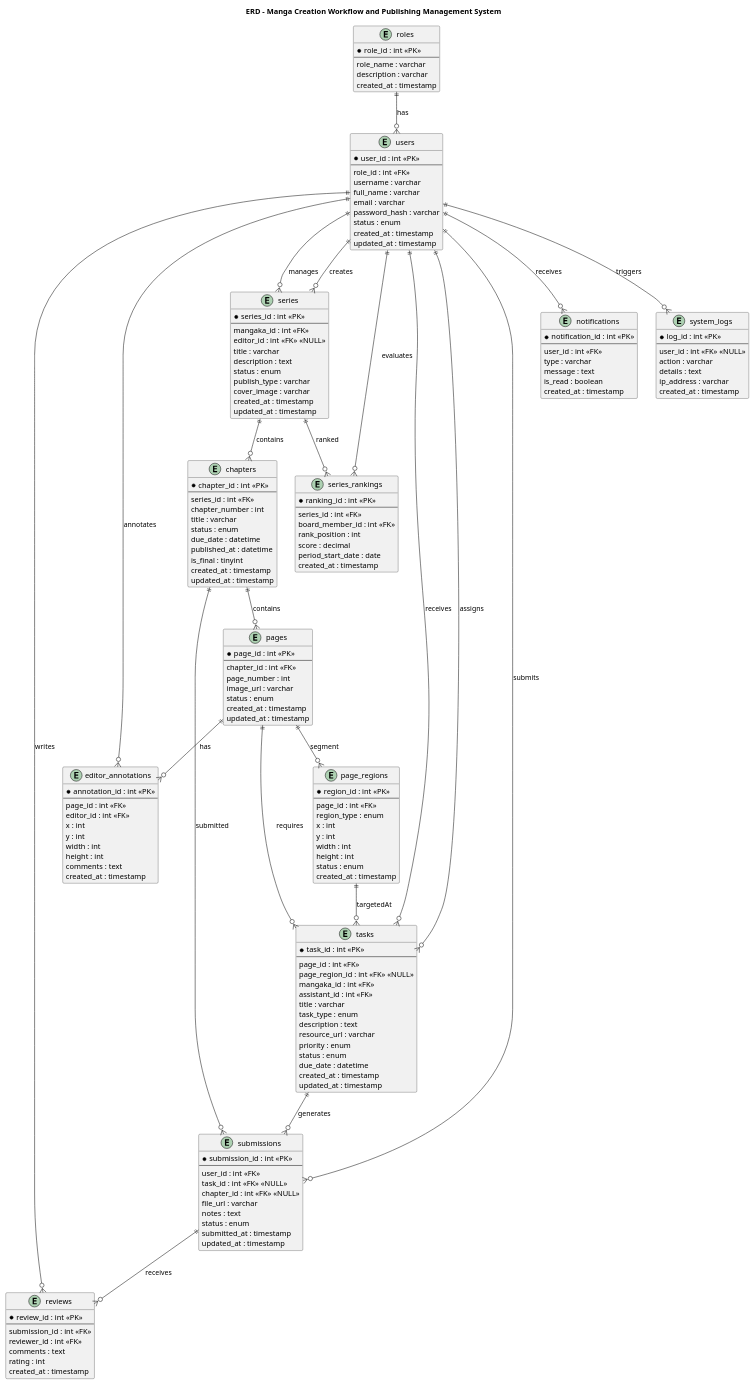
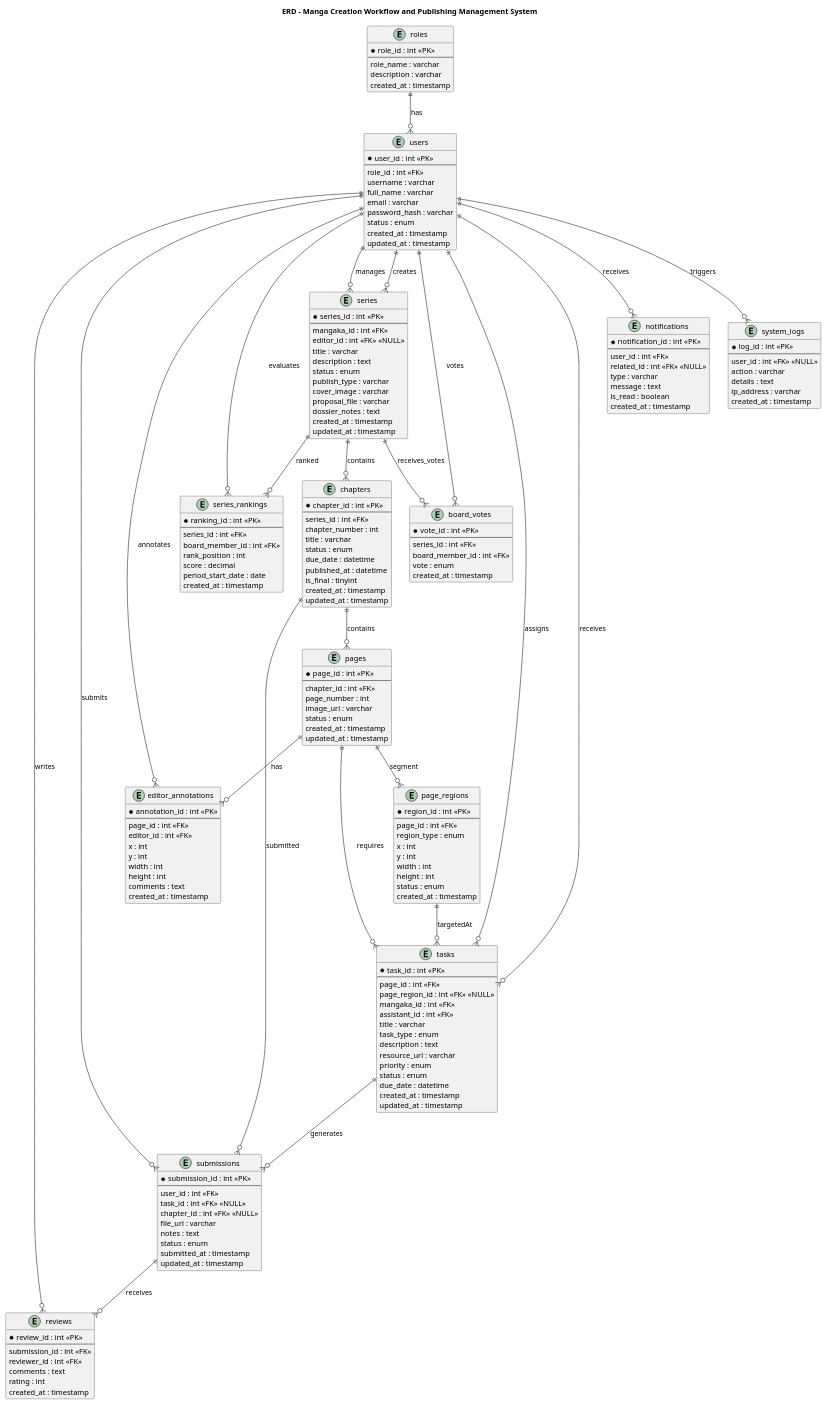
The diagram in UML/ERD.puml (trongtan0079/Manga-publishing-management-system), drawn with PlantUML before and after one commit. The commit also changed 11 other files, not shown here.

Commit message:
Docs: Cập nhật đồng bộ sơ đồ UML (ERD, Class, Sequence) và các tài liệu thiết kế (Database_design, MVC) khớp với thực tế mã nguồn

```diff
--- a/UML/ERD.puml
+++ b/UML/ERD.puml
@@ -32,6 +32,8 @@
   status : enum
   publish_type : varchar
   cover_image : varchar
+  proposal_file : varchar
+  dossier_notes : text
   created_at : timestamp
   updated_at : timestamp
 }
@@ -130,6 +132,7 @@
   *notification_id : int <<PK>>
   --
   user_id : int <<FK>>
+  related_id : int <<FK>> <<NULL>>
   type : varchar
   message : text
   is_read : boolean
@@ -159,6 +162,15 @@
   created_at : timestamp
 }
 
+entity board_votes {
+  *vote_id : int <<PK>>
+  --
+  series_id : int <<FK>>
+  board_member_id : int <<FK>>
+  vote : enum
+  created_at : timestamp
+}
+
 roles ||--o{ users : has
 users ||--o{ system_logs : triggers
 
@@ -173,9 +185,11 @@
 users ||--o{ notifications : receives
 users ||--o{ series_rankings : evaluates
 users ||--o{ editor_annotations : annotates
+users ||--o{ board_votes : votes
 
 series ||--o{ chapters : contains
 series ||--o{ series_rankings : ranked
+series ||--o{ board_votes : receives_votes
 
 chapters ||--o{ pages : contains
 chapters ||--o{ submissions : submitted
```
